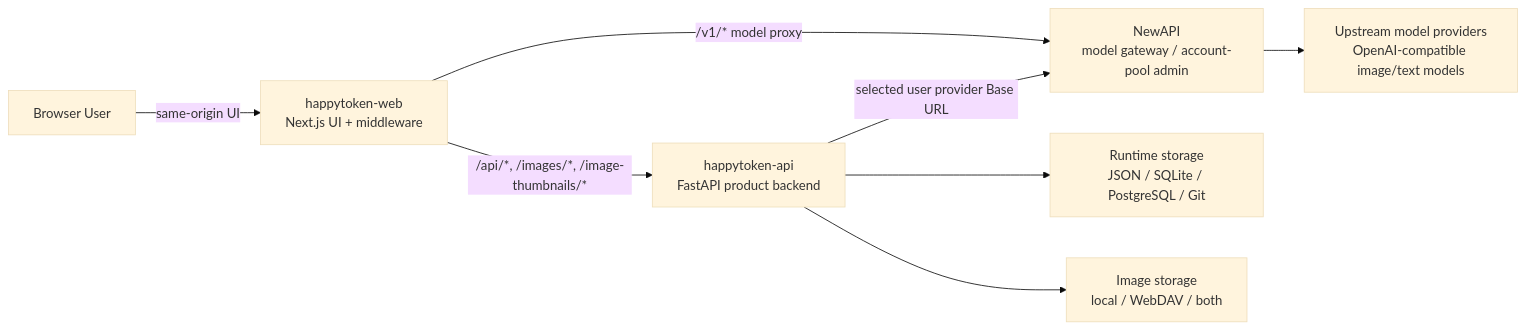
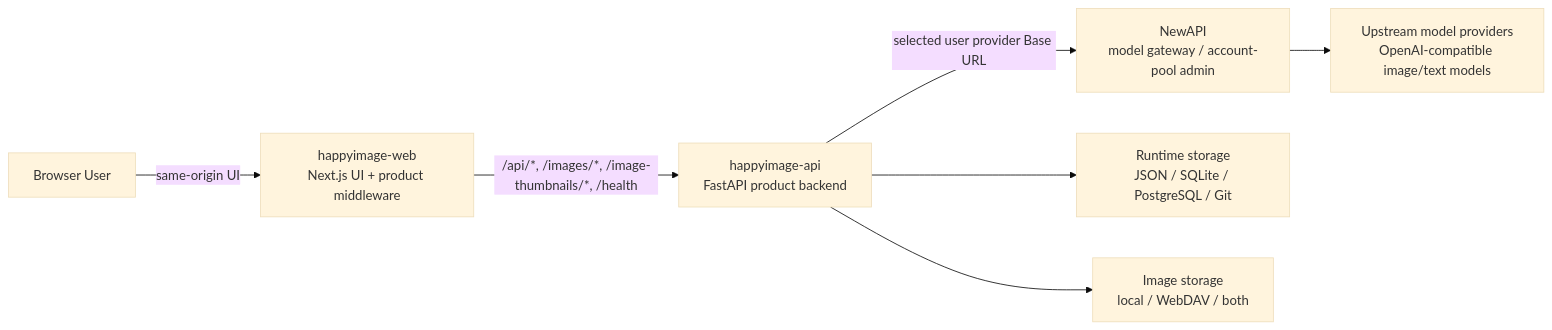
One commit to happy-token/HappyImage changed the first of 7 diagrams in docs/architecture.md. Above: the diagram before and after it, drawn with Mermaid (base theme). The commit also changed other lines of this file and 7 other files, not shown here.

````diff
--- a/docs/architecture.md
+++ b/docs/architecture.md
@@ -7,18 +7,17 @@
 ```mermaid
 flowchart LR
   User["Browser User"]
-  Web["happytoken-web<br/>Next.js UI + middleware"]
-  API["happytoken-api<br/>FastAPI product backend"]
+  Web["happyimage-web<br/>Next.js UI + product middleware"]
+  API["happyimage-api<br/>FastAPI product backend"]
   NewAPI["NewAPI<br/>model gateway / account-pool admin"]
   Upstream["Upstream model providers<br/>OpenAI-compatible image/text models"]
   Store["Runtime storage<br/>JSON / SQLite / PostgreSQL / Git"]
   Images["Image storage<br/>local / WebDAV / both"]
 
   User -->|"same-origin UI"| Web
-  Web -->|"/api/*, /images/*, /image-thumbnails/*"| API
-  Web -->|"/v1/* model proxy"| NewAPI
+  Web -->|"/api/*, /images/*, /image-thumbnails/*, /health"| API
   API -->|"selected user provider Base URL"| NewAPI
   NewAPI --> Upstream
   API --> Store
   API --> Images
 ```
````
